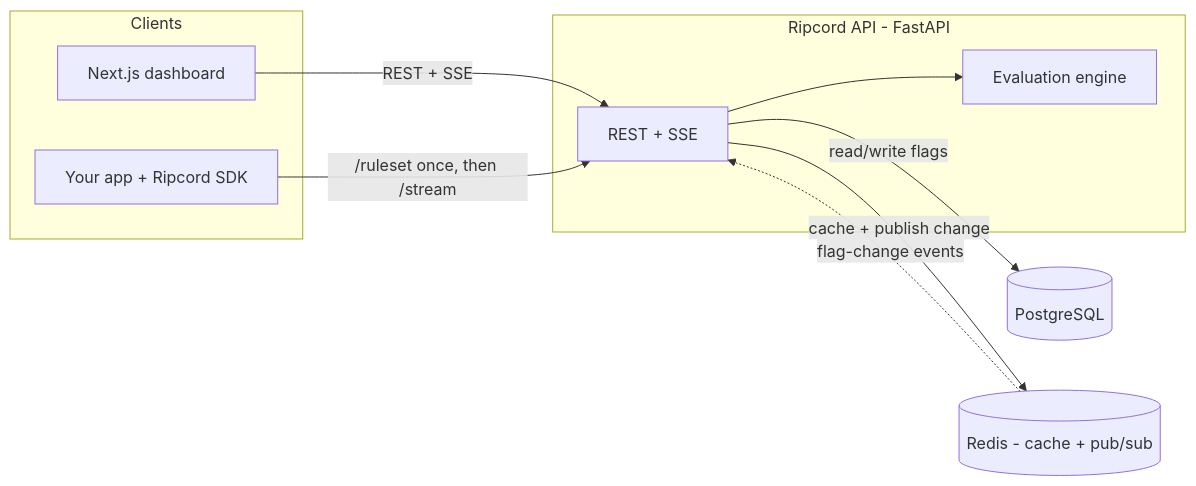
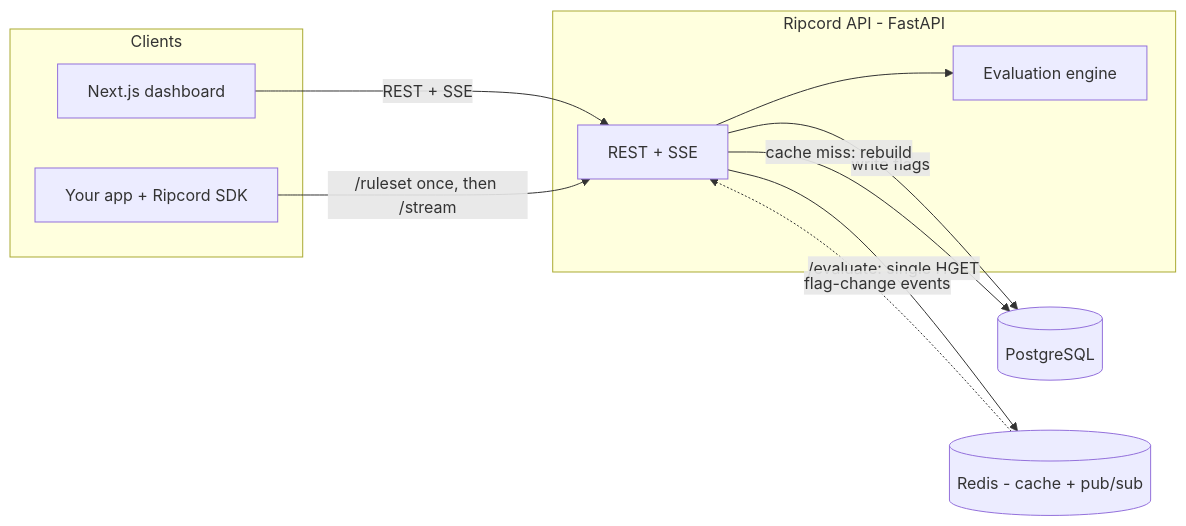
Before and after one commit to samyak-1021/ripcord: the diagram in README.md, drawn with Mermaid. The commit also changed other lines of this file and 43 other files, not shown here.

First line of the commit message:
feat: API-key auth, multivariate flags, and a Redis-backed evaluate path

````diff
--- a/README.md
+++ b/README.md
@@ -32,20 +39,21 @@
 ```mermaid
 flowchart LR
     subgraph clients [Clients]
       DASH[Next.js dashboard]
       APP[Your app + Ripcord SDK]
     end
     subgraph api [Ripcord API - FastAPI]
       REST[REST + SSE]
       ENG[Evaluation engine]
     end
     PG[(PostgreSQL)]
     RD[(Redis - cache + pub/sub)]
 
     DASH -->|REST + SSE| REST
     APP -->|/ruleset once, then /stream| REST
     REST --> ENG
-    REST -->|read/write flags| PG
-    REST -->|cache + publish change| RD
+    REST -->|write flags| PG
+    REST -->|/evaluate: single HGET| RD
+    REST -->|cache miss: rebuild| PG
     RD -. flag-change events .-> REST
 ```
````
